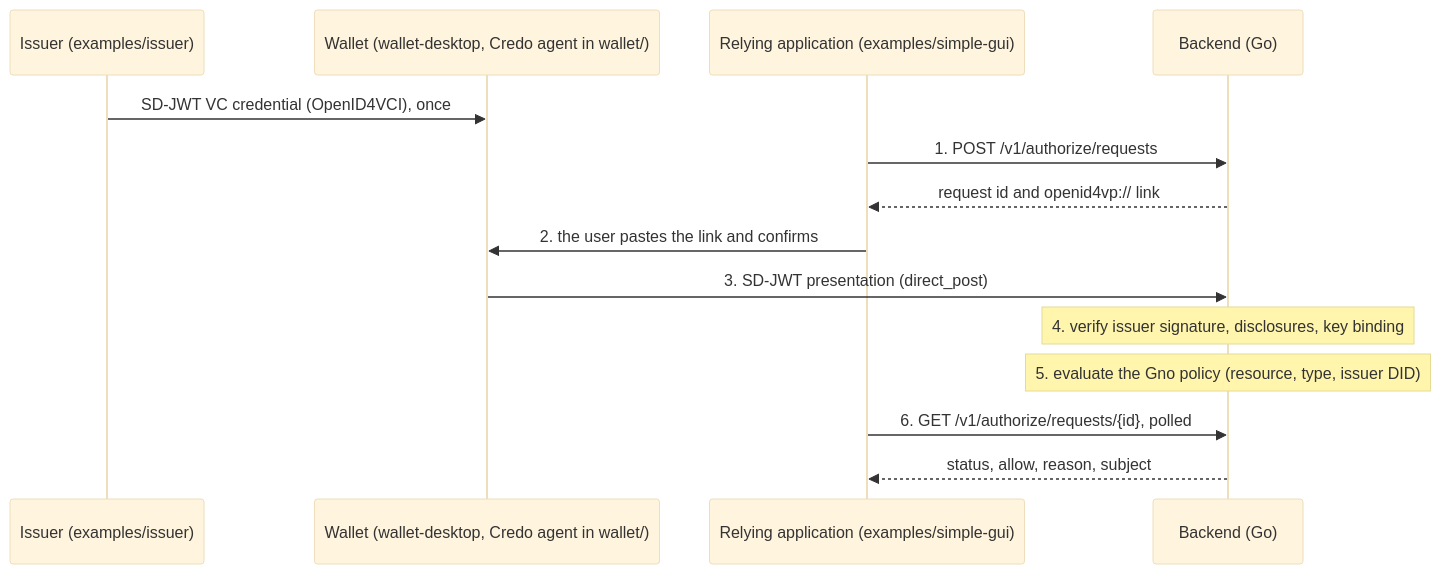
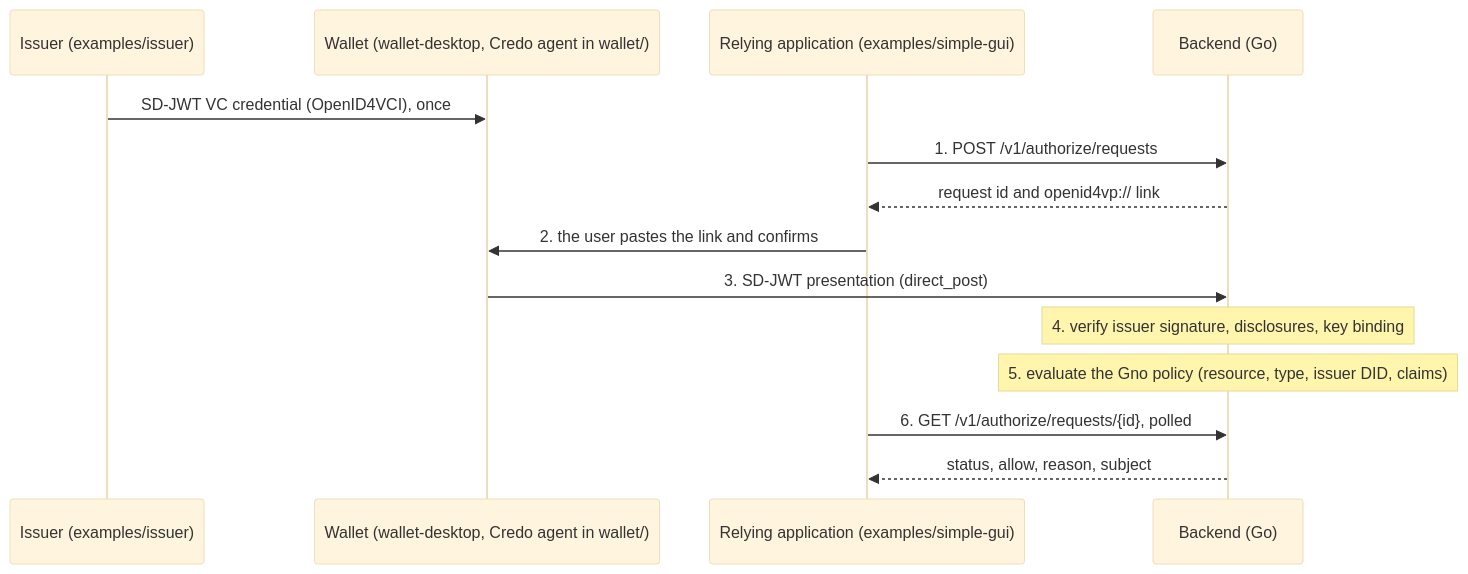
One commit to threehook/attesta changed the diagram in README.md. Above: the diagram before and after it, drawn with Mermaid (base theme). The commit also changed other lines of this file and 3 other files, not shown here.

````diff
--- a/README.md
+++ b/README.md
@@ -15,17 +15,17 @@
 ```mermaid
 sequenceDiagram
     participant I as Issuer (examples/issuer)
     participant W as Wallet (wallet-desktop, Credo agent in wallet/)
     participant A as Relying application (examples/simple-gui)
     participant B as Backend (Go)
 
     I->>W: SD-JWT VC credential (OpenID4VCI), once
     A->>B: 1. POST /v1/authorize/requests
     B-->>A: request id and openid4vp:// link
     A->>W: 2. the user pastes the link and confirms
     W->>B: 3. SD-JWT presentation (direct_post)
     Note over B: 4. verify issuer signature, disclosures, key binding
-    Note over B: 5. evaluate the Gno policy (resource, type, issuer DID)
+    Note over B: 5. evaluate the Gno policy (resource, type, issuer DID, claims)
     A->>B: 6. GET /v1/authorize/requests/{id}, polled
     B-->>A: status, allow, reason, subject
 ```
````
